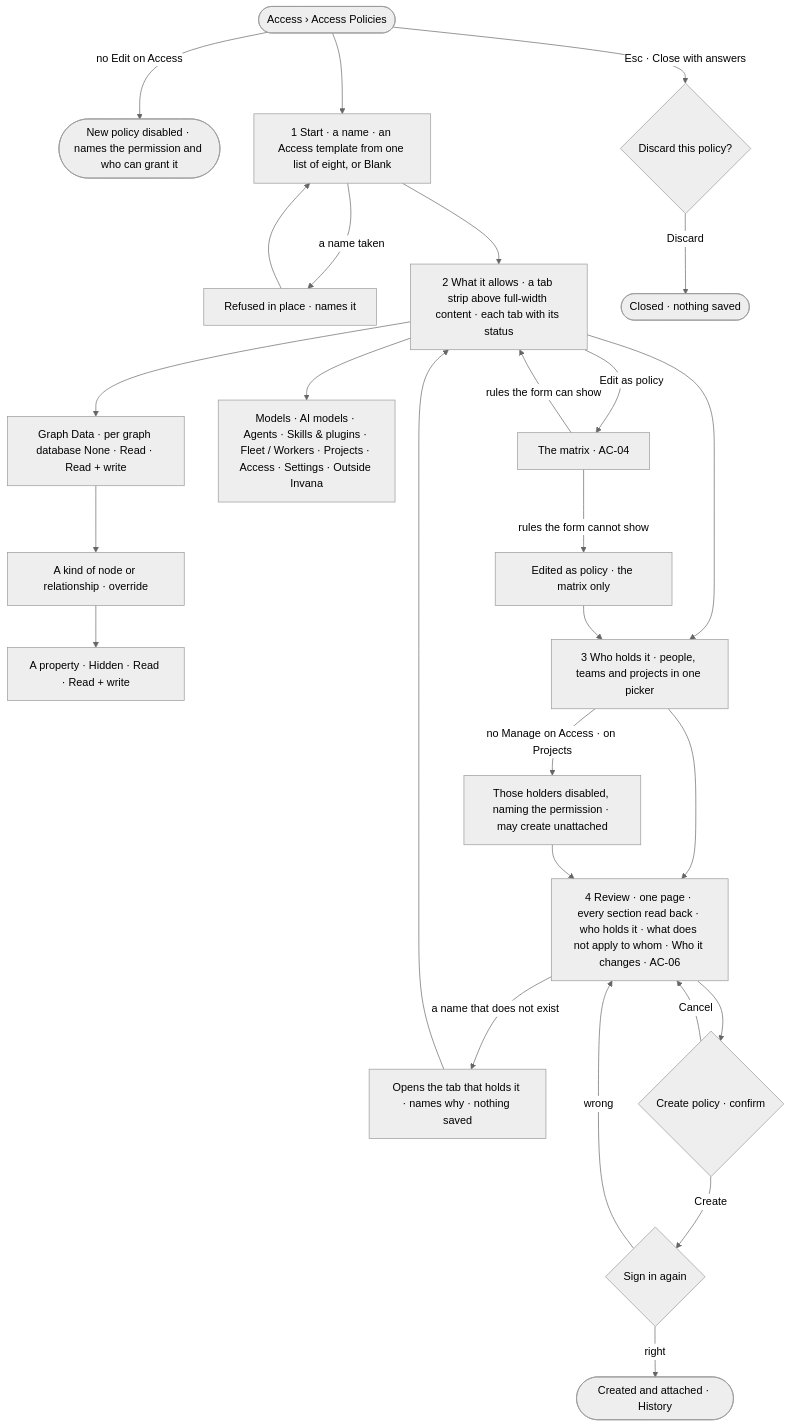
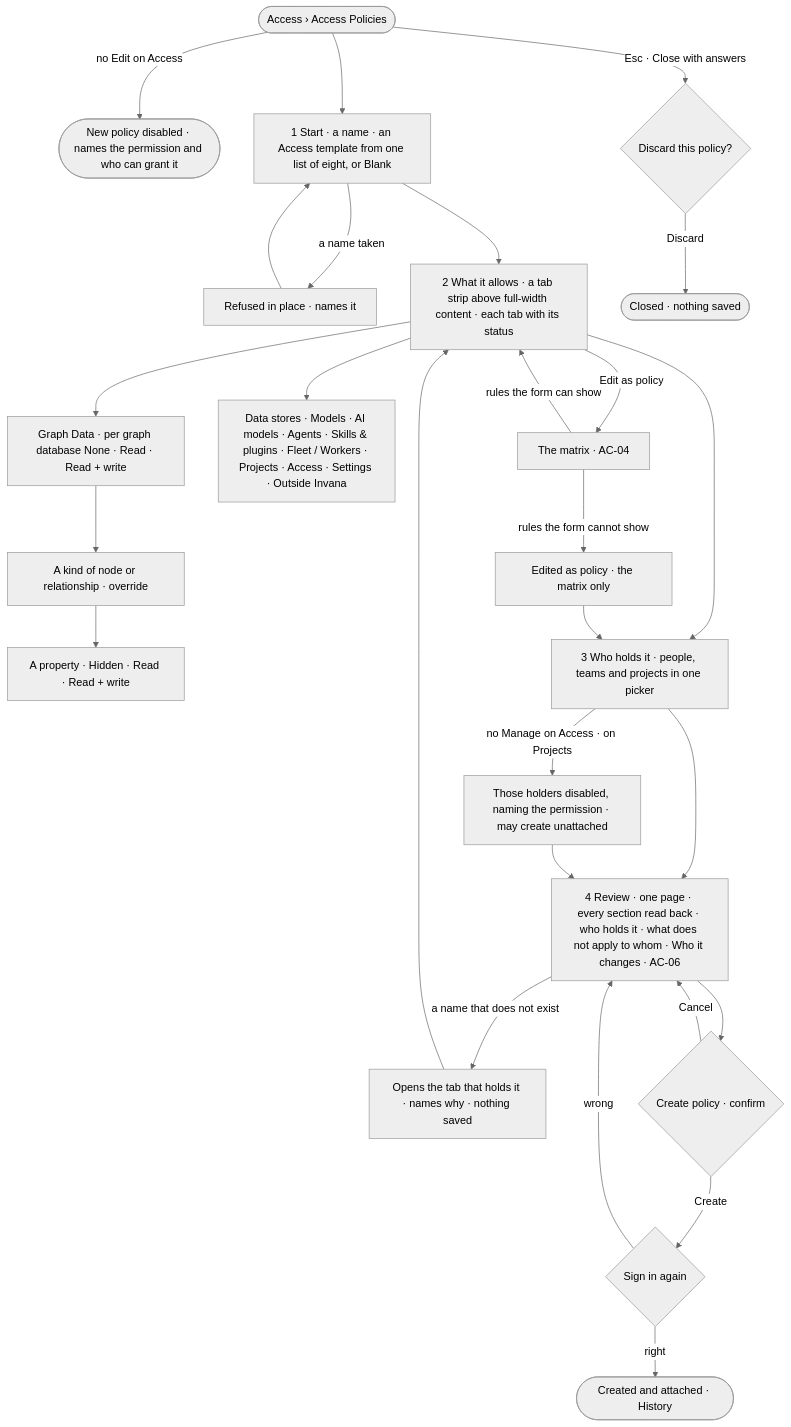
The diagram in specs/os/access/features/AC-F02-access-policies/stories/AC-49-make-a-policy-from-an-access-template/story.md (invana/invana), drawn with Mermaid (neutral theme) before and after one commit. The commit also changed other lines of this file and 12 other files, not shown here.

````diff
--- a/specs/os/access/features/AC-F02-access-policies/stories/AC-49-make-a-policy-from-an-access-template/story.md
+++ b/specs/os/access/features/AC-F02-access-policies/stories/AC-49-make-a-policy-from-an-access-template/story.md
@@ -32,26 +32,26 @@
 ```mermaid
 flowchart TD
   s([Access › Access Policies]) -->|no Edit on Access| off(["New policy disabled · names the permission and who can grant it"])
   s --> st["1 Start · a name · an Access template from one list of eight, or Blank"]
   st -->|a name taken| nt["Refused in place · names it"] --> st
   st --> f["2 What it allows · a tab strip above full-width content · each tab with its status"]
   f --> gd["Graph Data · per graph database None · Read · Read + write"]
   gd --> kd["A kind of node or relationship · override"]
   kd --> pr["A property · Hidden · Read · Read + write"]
-  f --> tabs["Models · AI models · Agents · Skills & plugins · Fleet / Workers · Projects · Access · Settings · Outside Invana"]
+  f --> tabs["Data stores · Models · AI models · Agents · Skills & plugins · Fleet / Workers · Projects · Access · Settings · Outside Invana"]
   f -->|Edit as policy| mx["The matrix · AC-04"] -->|rules the form can show| f
   mx -->|rules the form cannot show| ea["Edited as policy · the matrix only"]
   f --> w["3 Who holds it · people, teams and projects in one picker"]
   ea --> w
   w -->|no Manage on Access · on Projects| un["Those holders disabled, naming the permission · may create unattached"]
   w --> r["4 Review · one page · every section read back · who holds it · what does not apply to whom · Who it changes · AC-06"]
   un --> r
   r -->|a name that does not exist| ref["Opens the tab that holds it · names why · nothing saved"] --> f
   r --> c{"Create policy · confirm"}
   c -->|Cancel| r
   c -->|Create| pw{"Sign in again"}
   pw -->|right| sv(["Created and attached · History"])
   pw -->|wrong| r
   s -->|Esc · Close with answers| x{"Discard this policy?"}
   x -->|Discard| out(["Closed · nothing saved"])
 ```
````
